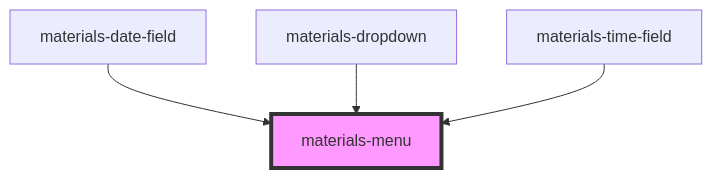
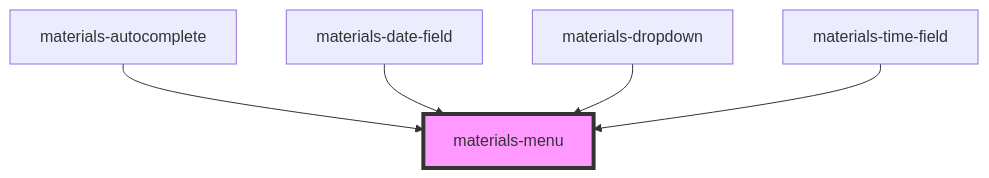
The diagram in packages/materials/src/components/menu/readme.md (GMV-centravet/materials-elements), drawn with Mermaid before and after one commit. The commit also changed other lines of this file and 30 other files, not shown here.

````diff
--- a/packages/materials/src/components/menu/readme.md
+++ b/packages/materials/src/components/menu/readme.md
@@ -78,7 +79,8 @@
 ```mermaid
 graph TD;
+  materials-autocomplete --> materials-menu
   materials-date-field --> materials-menu
   materials-dropdown --> materials-menu
   materials-time-field --> materials-menu
   style materials-menu fill:#f9f,stroke:#333,stroke-width:4px
 ```
````
